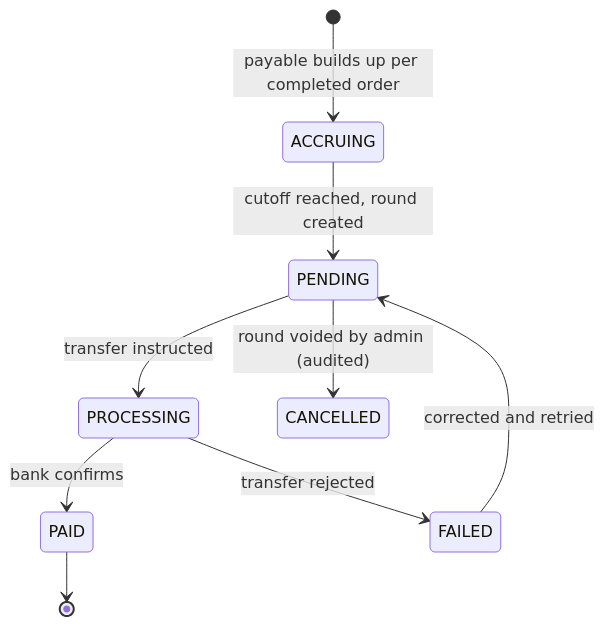
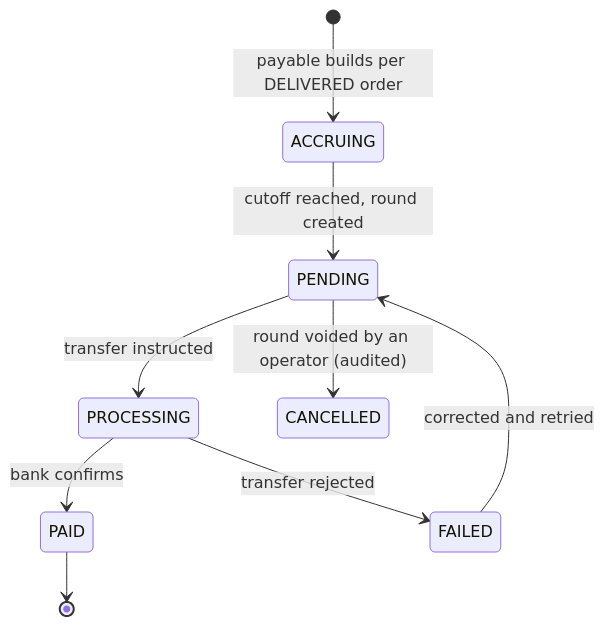
Before and after one commit to kmandev/banhao-design: the second of 2 diagrams in docs/SETTLEMENT_MODEL.md, drawn with Mermaid. The commit also changed other lines of this file and 18 other files, not shown here.

````diff
--- a/docs/SETTLEMENT_MODEL.md
+++ b/docs/SETTLEMENT_MODEL.md
@@ -230,11 +223,11 @@
 ```mermaid
 stateDiagram-v2
-    [*] --> ACCRUING : payable builds up per completed order
+    [*] --> ACCRUING : payable builds per DELIVERED order
     ACCRUING --> PENDING : cutoff reached, round created
     PENDING --> PROCESSING : transfer instructed
     PROCESSING --> PAID : bank confirms
     PROCESSING --> FAILED : transfer rejected
     FAILED --> PENDING : corrected and retried
     PAID --> [*]
-    PENDING --> CANCELLED : round voided by admin (audited)
+    PENDING --> CANCELLED : round voided by an operator (audited)
 ```
````
